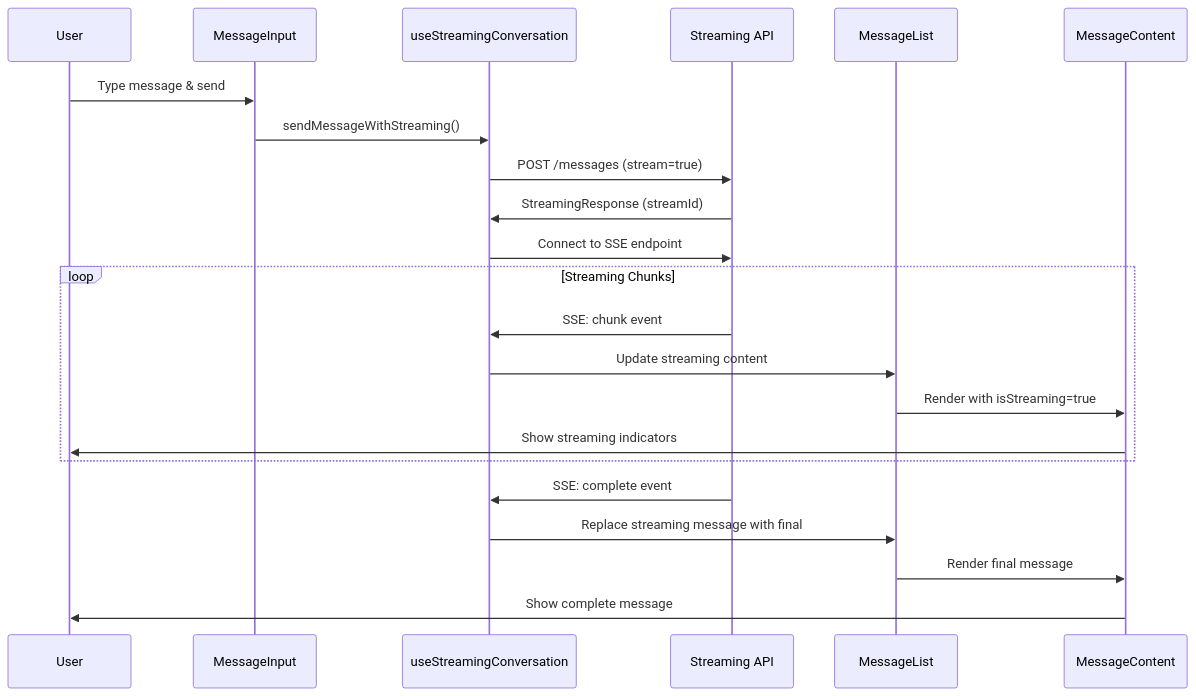
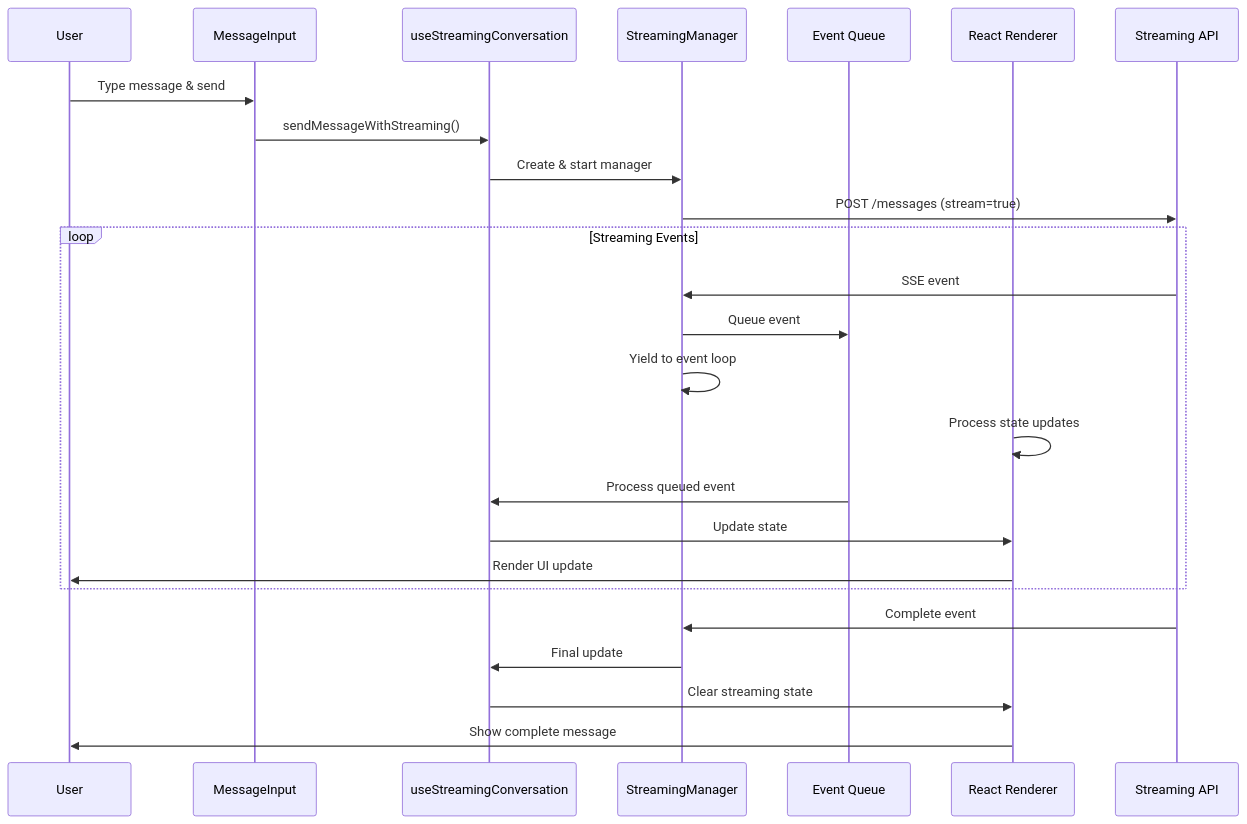
One commit to theingenuityco/starships.ai changed the diagram in packages/client/README-STREAMING.md. Above: the diagram before and after it, drawn with Mermaid. The commit also changed other lines of this file and 9 other files, not shown here.

````diff
--- a/packages/client/README-STREAMING.md
+++ b/packages/client/README-STREAMING.md
@@ -84,27 +116,30 @@
 ```mermaid
 sequenceDiagram
     participant User
     participant Input as MessageInput
     participant Hook as useStreamingConversation
+    participant Manager as StreamingManager
+    participant Queue as Event Queue
+    participant React as React Renderer
     participant Server as Streaming API
-    participant List as MessageList
-    participant Content as MessageContent
 
     User->>Input: Type message & send
     Input->>Hook: sendMessageWithStreaming()
-    Hook->>Server: POST /messages (stream=true)
-    Server->>Hook: StreamingResponse (streamId)
-    Hook->>Server: Connect to SSE endpoint
+    Hook->>Manager: Create & start manager
+    Manager->>Server: POST /messages (stream=true)
 
-    loop Streaming Chunks
-        Server->>Hook: SSE: chunk event
-        Hook->>List: Update streaming content
-        List->>Content: Render with isStreaming=true
-        Content->>User: Show streaming indicators
+    loop Streaming Events
+        Server->>Manager: SSE event
+        Manager->>Queue: Queue event
+        Manager->>Manager: Yield to event loop
+        React->>React: Process state updates
+        Queue->>Hook: Process queued event
+        Hook->>React: Update state
+        React->>User: Render UI update
     end
 
-    Server->>Hook: SSE: complete event
-    Hook->>List: Replace streaming message with final
-    List->>Content: Render final message
-    Content->>User: Show complete message
+    Server->>Manager: Complete event
+    Manager->>Hook: Final update
+    Hook->>React: Clear streaming state
+    React->>User: Show complete message
 ```
````
